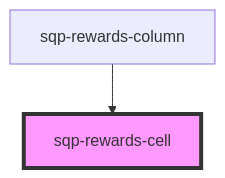
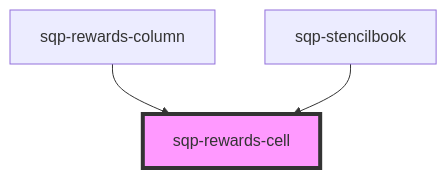
Before and after one commit to saasquatch/program-tools: the diagram in packages/paypal-components/src/components/sqp-rewards-cell/readme.md, drawn with Mermaid. The commit also changed other lines of this file and 5 other files, not shown here.

````diff
--- a/packages/paypal-components/src/components/sqp-rewards-cell/readme.md
+++ b/packages/paypal-components/src/components/sqp-rewards-cell/readme.md
@@ -30,5 +34,6 @@
 ```mermaid
 graph TD;
   sqp-rewards-column --> sqp-rewards-cell
+  sqp-stencilbook --> sqp-rewards-cell
   style sqp-rewards-cell fill:#f9f,stroke:#333,stroke-width:4px
 ```
````
